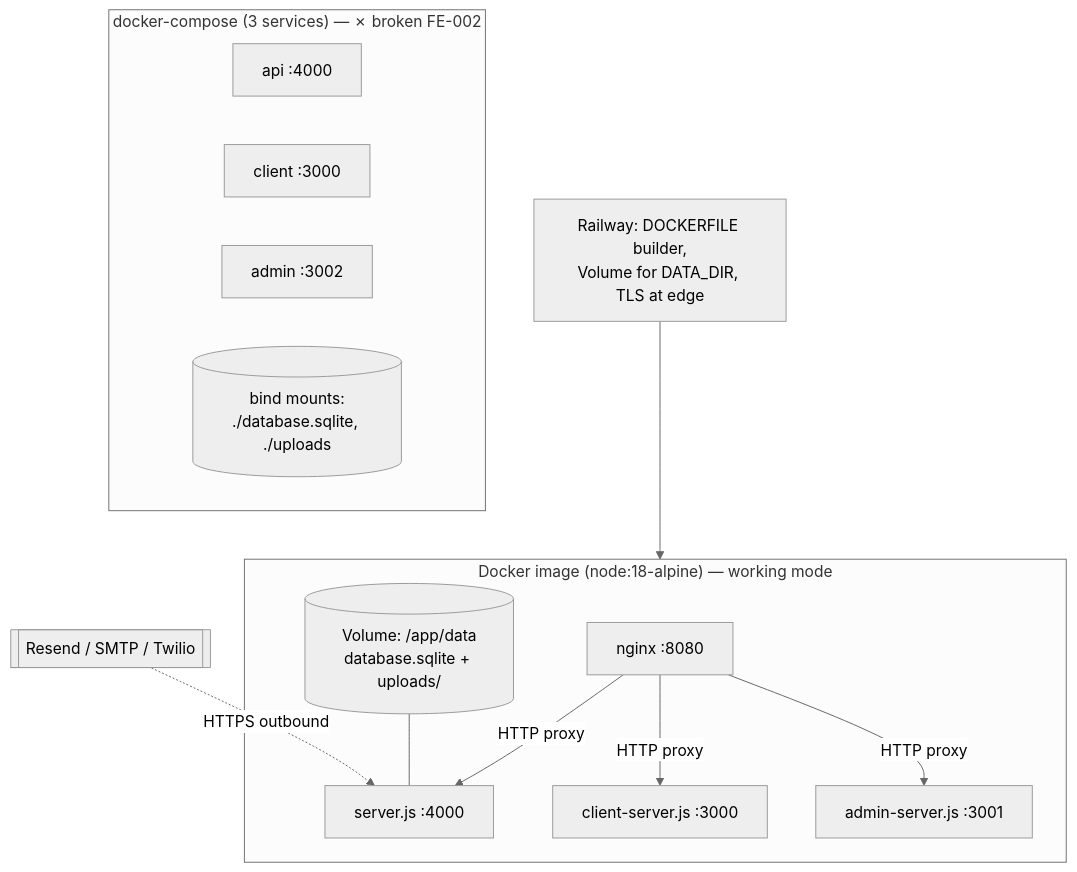
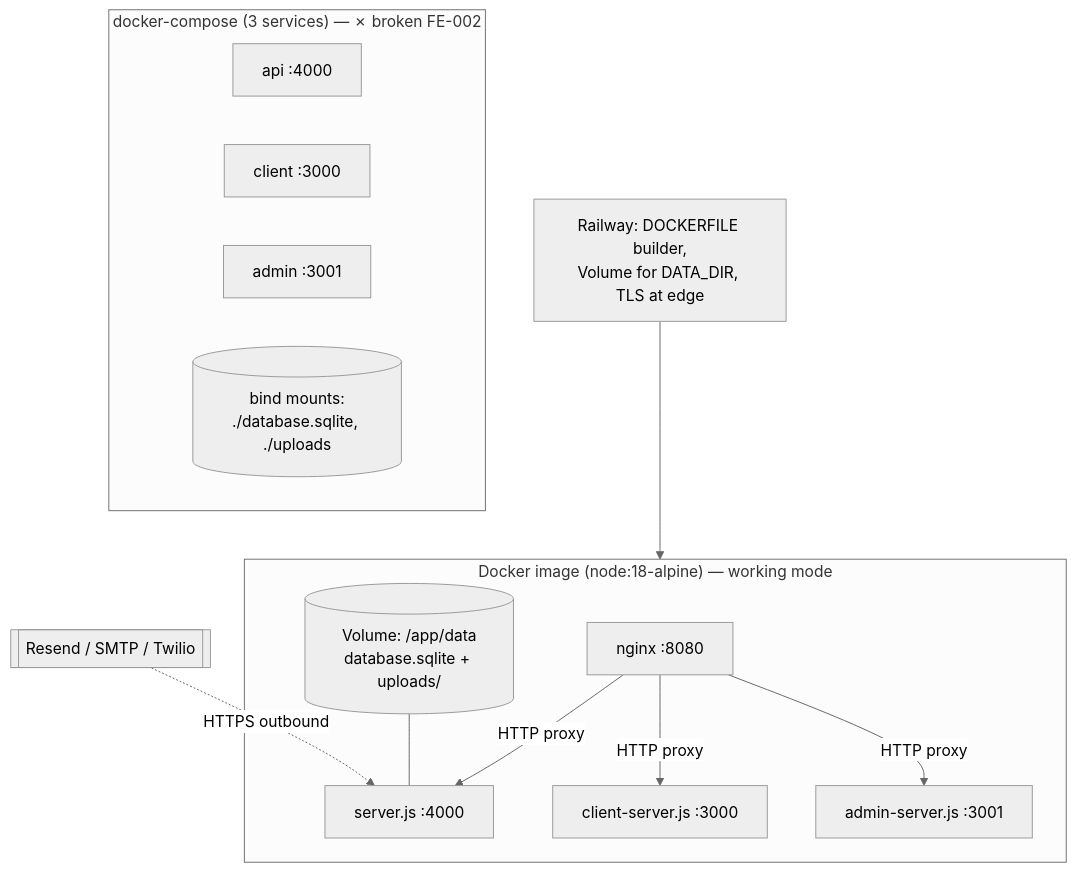
One commit to nazimzenda/ecu-tuning changed the fourth of 4 diagrams in PROJECT_ARCHITECTURE.md. Above: the diagram before and after it, drawn with Mermaid (neutral theme). The commit also changed other lines of this file and 11 other files, not shown here.

````diff
--- a/PROJECT_ARCHITECTURE.md
+++ b/PROJECT_ARCHITECTURE.md
@@ -57,17 +57,17 @@
 ```mermaid
 flowchart TB
     subgraph SingleContainer["Docker image (node:18-alpine) — working mode"]
         N1[nginx :8080] -->|"HTTP proxy"| S1[server.js :4000]
         N1 -->|"HTTP proxy"| C1[client-server.js :3000]
         N1 -->|"HTTP proxy"| A1[admin-server.js :3001]
         V1[(Volume: /app/data<br/>database.sqlite + uploads/)] --- S1
     end
     subgraph Compose["docker-compose (3 services) — ✗ broken FE-002"]
         S2[api :4000]
         C2[client :3000]
-        A2[admin :3002]
+        A2[admin :3001]
         V2[(bind mounts:<br/>./database.sqlite, ./uploads)]
     end
     ext[[Resend / SMTP / Twilio]] -.->|"HTTPS outbound"| S1
     R[Railway: DOCKERFILE builder,<br/>Volume for DATA_DIR, TLS at edge] --> SingleContainer
 ```
````
